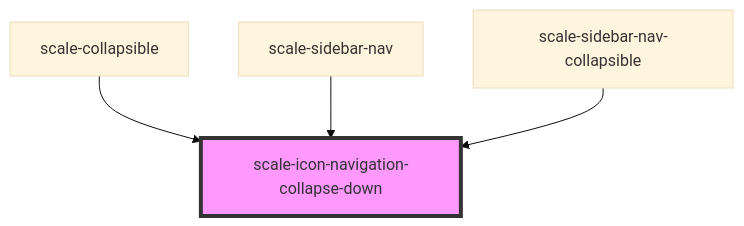
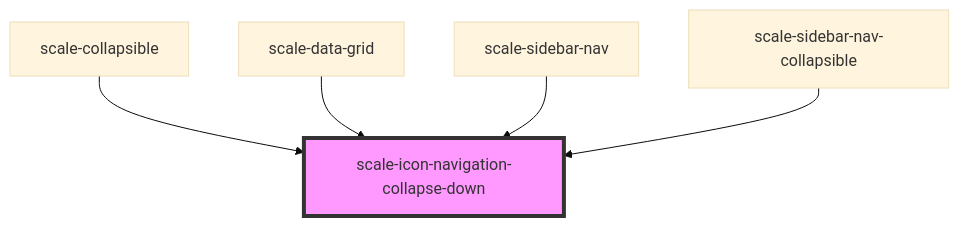
One commit to gaurishkamat/scale changed the diagram in packages/components/src/components/icons/navigation-collapse-down/readme.md. Above: the diagram before and after it, drawn with Mermaid (base theme). The commit also changed other lines of this file and 94 other files, not shown here.

````diff
--- a/packages/components/src/components/icons/navigation-collapse-down/readme.md
+++ b/packages/components/src/components/icons/navigation-collapse-down/readme.md
@@ -28,7 +29,8 @@
 ```mermaid
 graph TD;
   scale-collapsible --> scale-icon-navigation-collapse-down
+  scale-data-grid --> scale-icon-navigation-collapse-down
   scale-sidebar-nav --> scale-icon-navigation-collapse-down
   scale-sidebar-nav-collapsible --> scale-icon-navigation-collapse-down
   style scale-icon-navigation-collapse-down fill:#f9f,stroke:#333,stroke-width:4px
 ```
````
